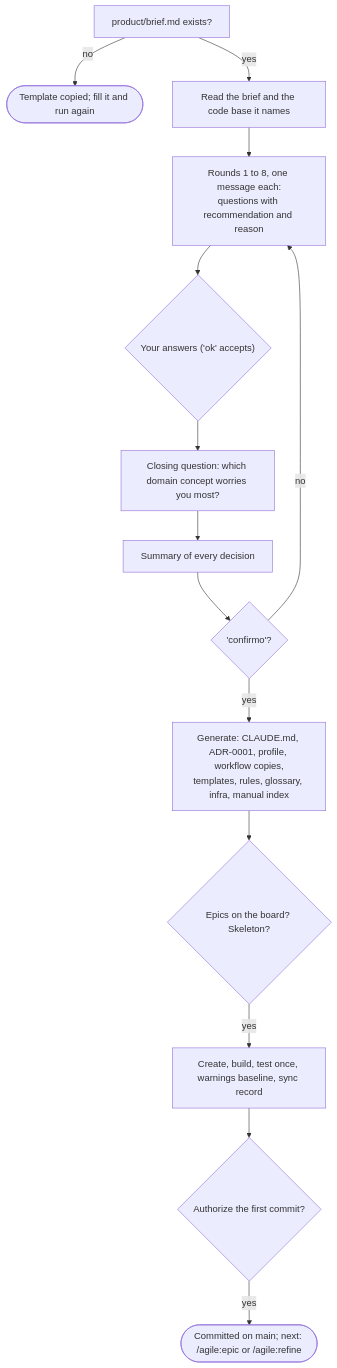
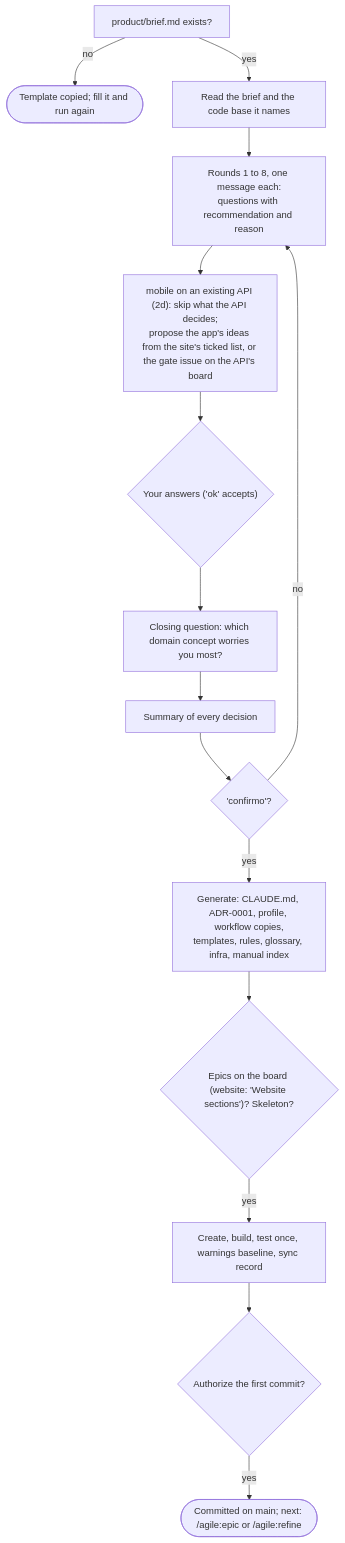
The third of 20 diagrams in docs/agile/workflow.md (alexcanario/simulab), drawn with Mermaid before and after one commit. The commit also changed other lines of this file and 17 other files, not shown here.

````diff
--- a/docs/agile/workflow.md
+++ b/docs/agile/workflow.md
@@ -1449,16 +2016,17 @@
 ```mermaid
 flowchart TD
     A["product/brief.md exists?"] -->|no| A1(["Template copied; fill it and run again"])
     A -->|yes| B["Read the brief and the code base it names"]
     B --> C["Rounds 1 to 8, one message each:<br/>questions with recommendation and reason"]
-    C --> D{"Your answers ('ok' accepts)"}
+    C --> C1["mobile on an existing API (2d): skip what the API decides;<br/>propose the app's ideas from the site's ticked list, or the gate issue on the API's board"]
+    C1 --> D{"Your answers ('ok' accepts)"}
     D --> E["Closing question: which domain concept worries you most?"]
     E --> F["Summary of every decision"]
     F --> G{"'confirmo'?"}
     G -->|no| C
     G -->|yes| H["Generate: CLAUDE.md, ADR-0001, profile, workflow copies,<br/>templates, rules, glossary, infra, manual index"]
-    H --> I{"Epics on the board? Skeleton?"}
+    H --> I{"Epics on the board (website: 'Website sections')? Skeleton?"}
     I -->|yes| J["Create, build, test once, warnings baseline, sync record"]
     J --> K{"Authorize the first commit?"}
     K -->|yes| L(["Committed on main; next: /agile:epic or /agile:refine"])
 ```
````
